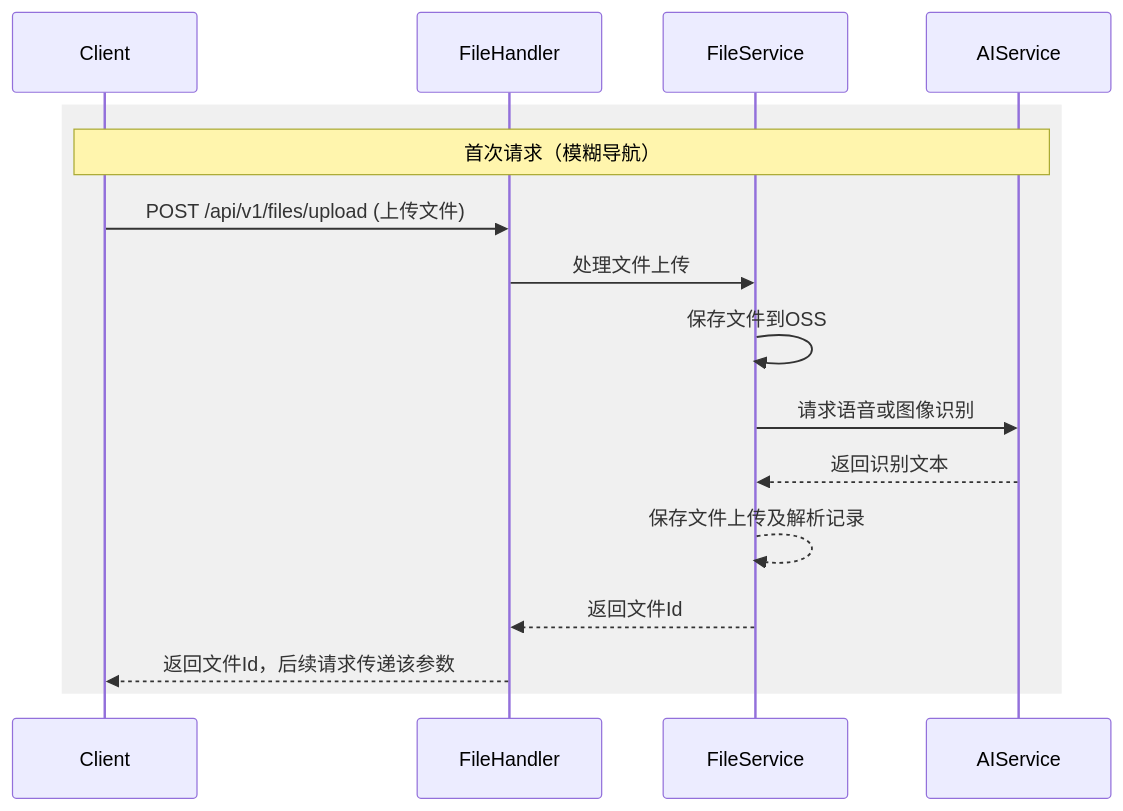
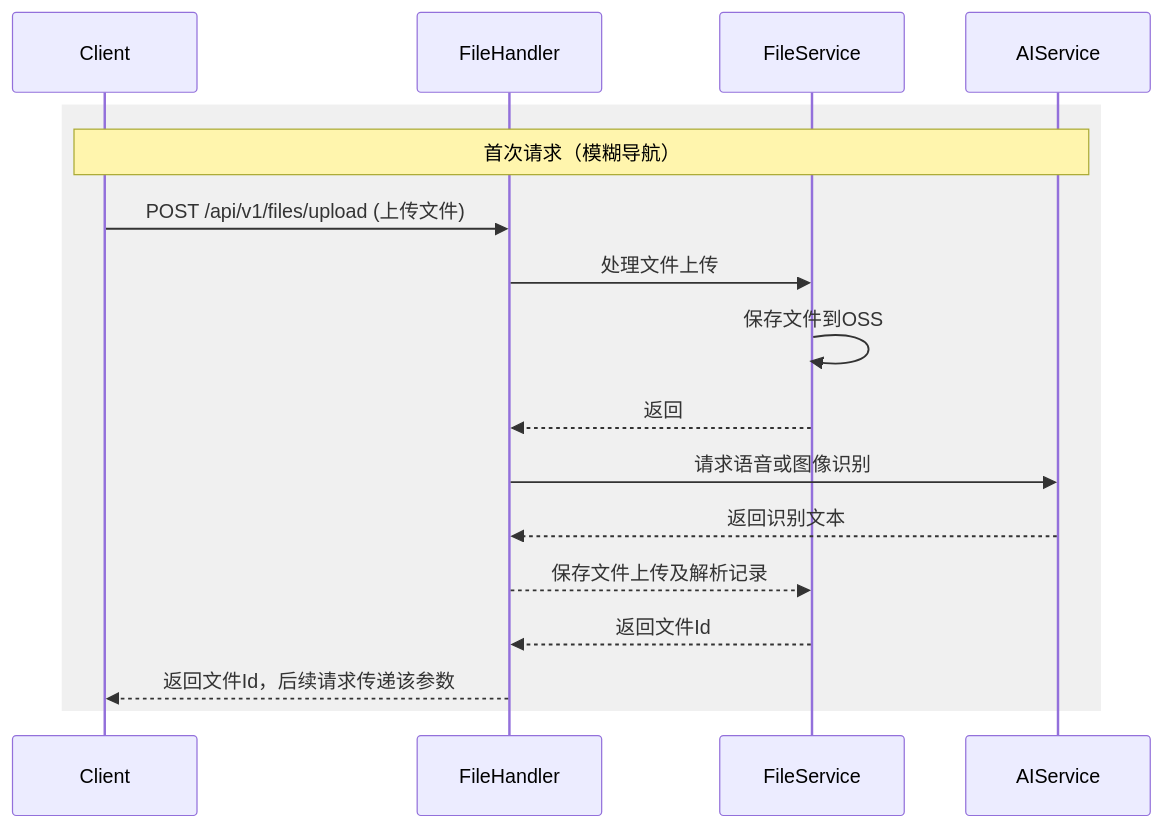
The first of 7 diagrams in ai-coding/output/应用软件交互时序图.md (hanhzf/aiops), drawn with Mermaid before and after one commit. The commit also changed 1 other file, not shown here.

````diff
--- a/ai-coding/output/应用软件交互时序图.md
+++ b/ai-coding/output/应用软件交互时序图.md
@@ -7,22 +7,22 @@
 ```mermaid
 sequenceDiagram
     participant Client
     participant FileHandler
     participant FileService
     participant AIService
 
     %% 第一次语音文件上传流程（首页导航请求）
     rect rgb(240, 240, 240)
         Note over Client,AIService: 首次请求（模糊导航）
         
         Client->>FileHandler: POST /api/v1/files/upload (上传文件)
         FileHandler->>FileService: 处理文件上传
         FileService->>FileService: 保存文件到OSS
-        
-        FileService->>AIService: 请求语音或图像识别
-        AIService-->>FileService: 返回识别文本
-        FileService-->>FileService: 保存文件上传及解析记录
+        FileService-->>FileHandler: 返回
+        FileHandler->>AIService: 请求语音或图像识别
+        AIService-->>FileHandler: 返回识别文本
+        FileHandler-->>FileService: 保存文件上传及解析记录
         FileService-->>FileHandler: 返回文件Id
         FileHandler-->>Client: 返回文件Id，后续请求传递该参数
     end
 ```
````
